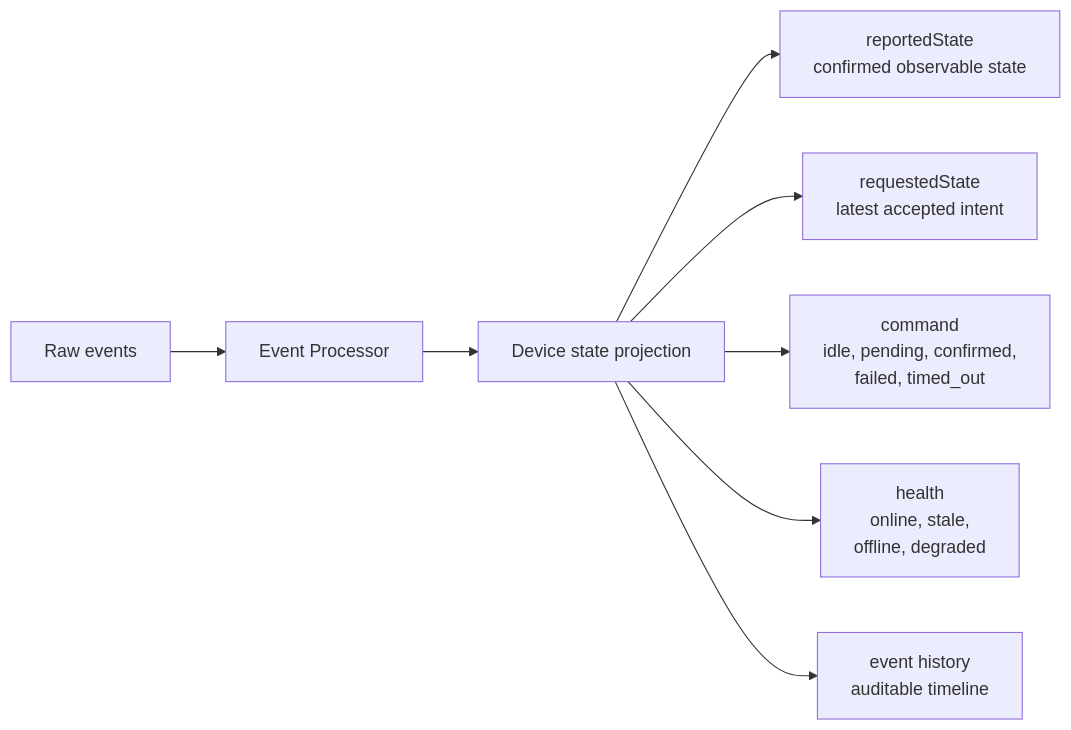
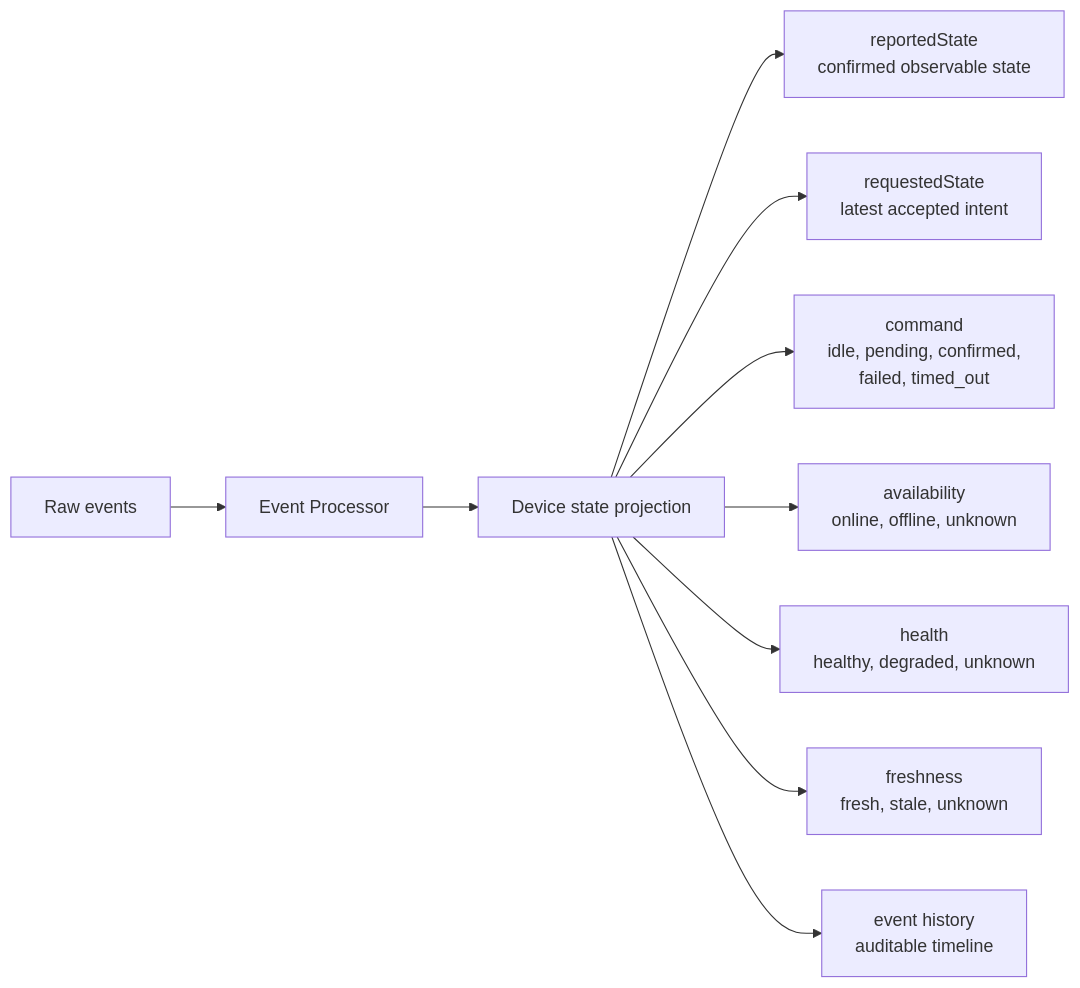
Before and after one commit to SzymonAntczak/smart-room-realtime-control-platform: the eighth of 8 diagrams in docs/architecture/examples.md, drawn with Mermaid. The commit also changed other lines of this file and 15 other files, not shown here.

Commit message:
Clarify device availability, health and observation freshness

````diff
--- a/docs/architecture/examples.md
+++ b/docs/architecture/examples.md
@@ -185,11 +191,13 @@
 ```mermaid
 flowchart LR
     events[Raw events] --> processor[Event Processor]
     processor --> projection[Device state projection]
 
     projection --> reported[reportedState<br/>confirmed observable state]
     projection --> requested[requestedState<br/>latest accepted intent]
     projection --> command[command<br/>idle, pending, confirmed,<br/>failed, timed_out]
-    projection --> health[health<br/>online, stale,<br/>offline, degraded]
+    projection --> availability[availability<br/>online, offline, unknown]
+    projection --> health[health<br/>healthy, degraded, unknown]
+    projection --> freshness[freshness<br/>fresh, stale, unknown]
     projection --> history[event history<br/>auditable timeline]
 ```
````
